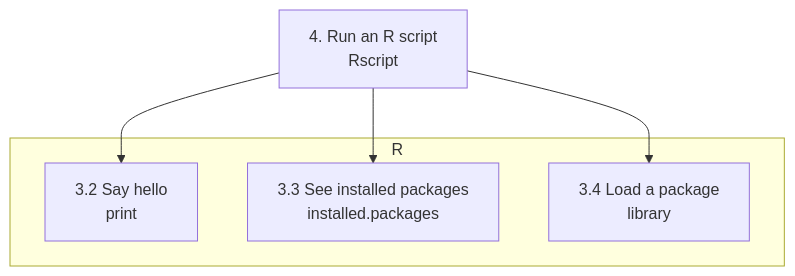
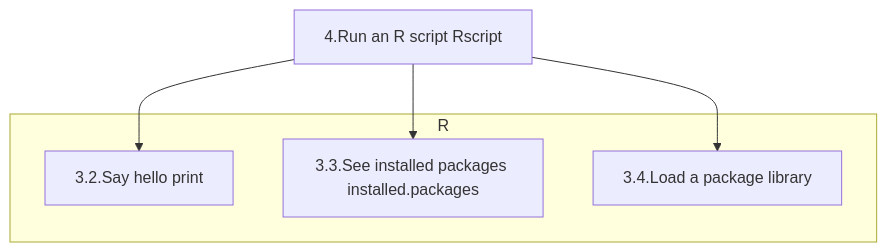
One commit to UPPMAX/R-python-julia-matlab-HPC changed the diagram in docs/r/load_run_r_script.mmd. Above: the diagram before and after it, drawn with Mermaid. The commit also changed 6 other files, not shown here.

Commit message:
Fix mermaid markdown, progress #68

```diff
--- a/docs/r/load_run_r_script.mmd
+++ b/docs/r/load_run_r_script.mmd
@@ -1,12 +1,12 @@
 flowchart TD
 
   subgraph R
-    say_hello[3.2 Say hello\nprint]
-    see_installed_packages[3.3 See installed packages\ninstalled.packages]
-    load_package[3.4 Load a package\nlibrary]
+    say_hello[3.2.Say hello print]
+    see_installed_packages[3.3.See installed packages installed.packages]
+    load_package[3.4.Load a package library]
   end
-  run_r_script[4. Run an R script\nRscript]
+  run_r_script[4.Run an R script Rscript]
 
   run_r_script --> say_hello
   run_r_script --> see_installed_packages
   run_r_script --> load_package
```
